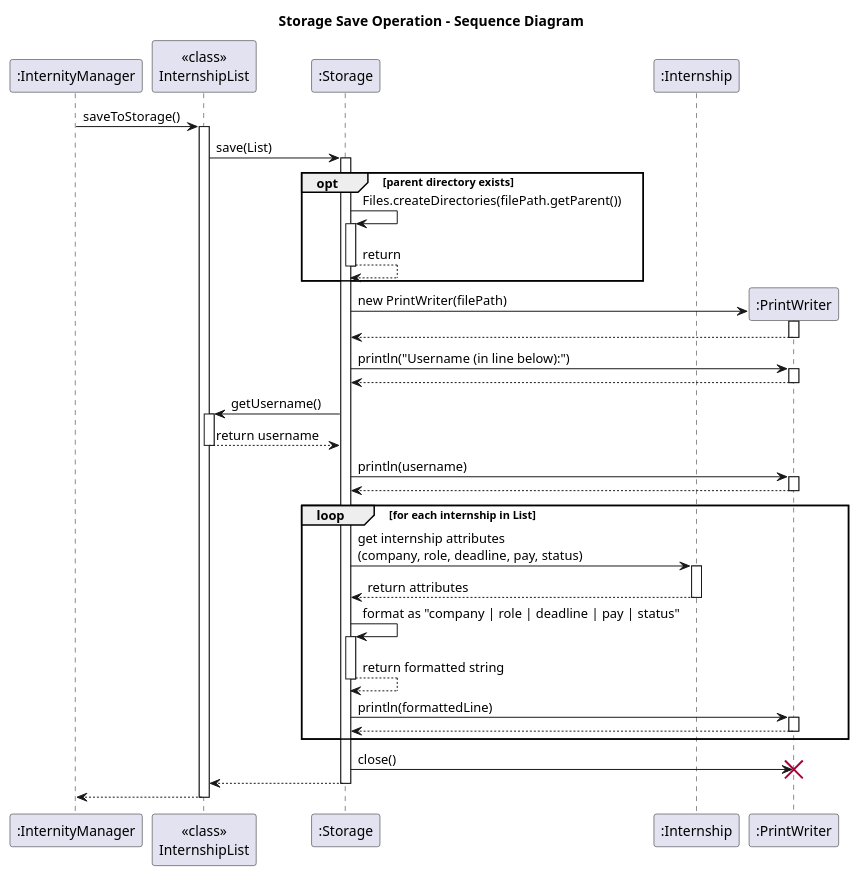
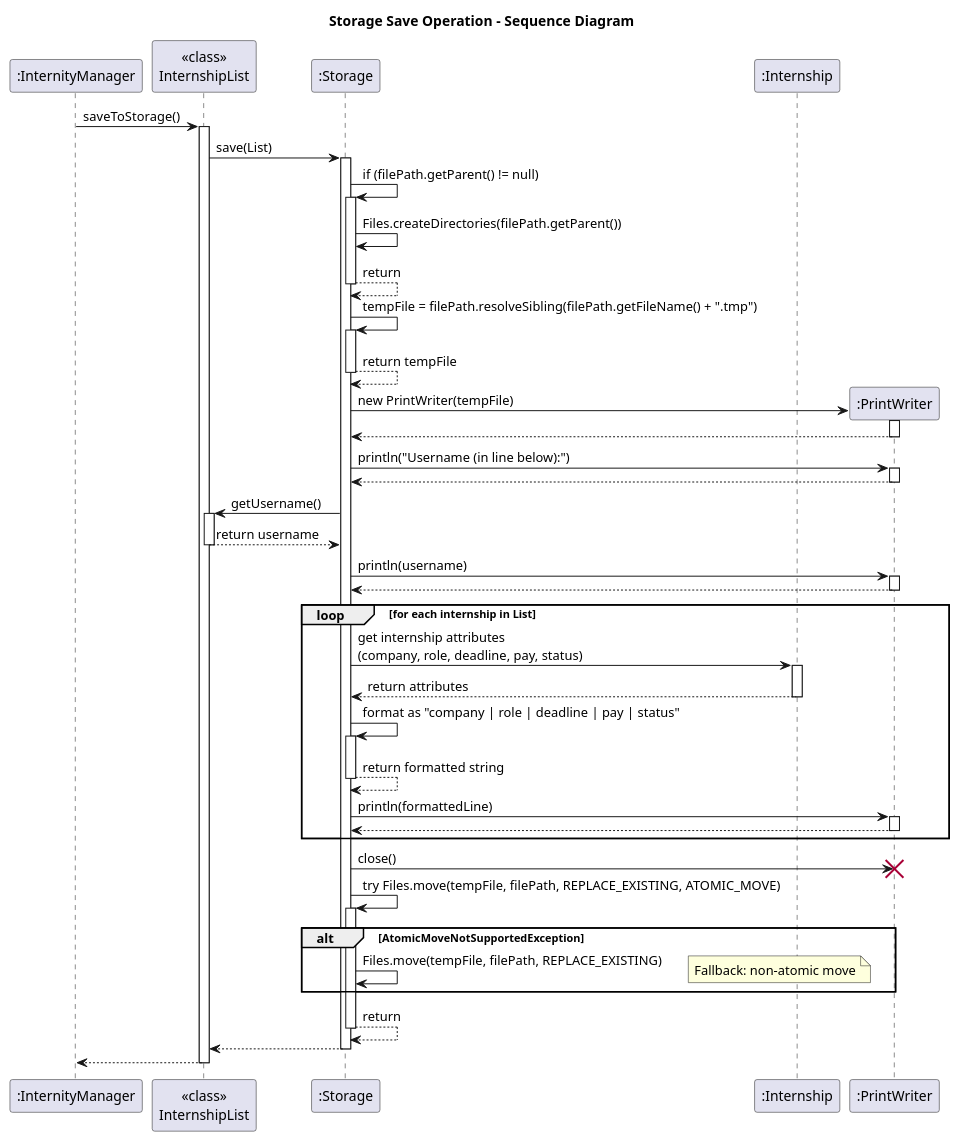
One commit to AY2526S1-CS2113-W14-4/tp changed the diagram in docs/diagrams/StorageSaveSD.puml. Above: the diagram before and after it, drawn with PlantUML. The commit also changed 6 other files, not shown here.

Commit message:
Update DG and UML

```diff
--- a/docs/diagrams/StorageSaveSD.puml
+++ b/docs/diagrams/StorageSaveSD.puml
@@ -1,66 +1,81 @@
 @startuml
 title Storage Save Operation - Sequence Diagram
 
 participant ":InternityManager" as IM
 participant "<<class>>\nInternshipList" as IL
 participant ":Storage" as S
 participant ":Internship" as Intern
 
 IM -> IL: saveToStorage()
 activate IL
 IL -> S: save(List)
 activate S
 
-' === Directory check with nested activation ===
-opt parent directory exists
-    S -> S: Files.createDirectories(filePath.getParent())
-    activate S
-    S --> S: return
-    deactivate S
-end
+' === Directory check ===
+S -> S: if (filePath.getParent() != null)
+activate S
+S -> S: Files.createDirectories(filePath.getParent())
+S --> S: return
+deactivate S
 
-' === Continue with save process ===
+' === Create temp file ===
+S -> S: tempFile = filePath.resolveSibling(filePath.getFileName() + ".tmp")
+activate S
+S --> S: return tempFile
+deactivate S
+
+' === Write to temp file ===
 create ":PrintWriter" as PW
-S -> PW**: new PrintWriter(filePath)
+S -> PW**: new PrintWriter(tempFile)
 activate PW
 return
 
 S -> PW: println("Username (in line below):")
 activate PW
 PW --> S
 deactivate PW
 S -> IL: getUsername()
 activate IL
 IL --> S: return username
 deactivate IL
 S -> PW: println(username)
 activate PW
 PW --> S
 deactivate PW
 
 loop for each internship in List
     S -> Intern: get internship attributes\n(company, role, deadline, pay, status)
     activate Intern
     Intern --> S: return attributes
     deactivate Intern
 
     S -> S: format as "company | role | deadline | pay | status"
     activate S
     S --> S: return formatted string
     deactivate S
 
     S -> PW: println(formattedLine)
     activate PW
     PW --> S
     deactivate PW
 end
 
 S -> PW: close()
 deactivate PW
 destroy PW
 
+' === Atomic move ===
+S -> S: try Files.move(tempFile, filePath, REPLACE_EXISTING, ATOMIC_MOVE)
+activate S
+alt AtomicMoveNotSupportedException
+    S -> S: Files.move(tempFile, filePath, REPLACE_EXISTING)
+    note right: Fallback: non-atomic move
+end
+S --> S: return
+deactivate S
+
 S --> IL
 deactivate S
 IL --> IM
 deactivate IL
 @enduml
```
